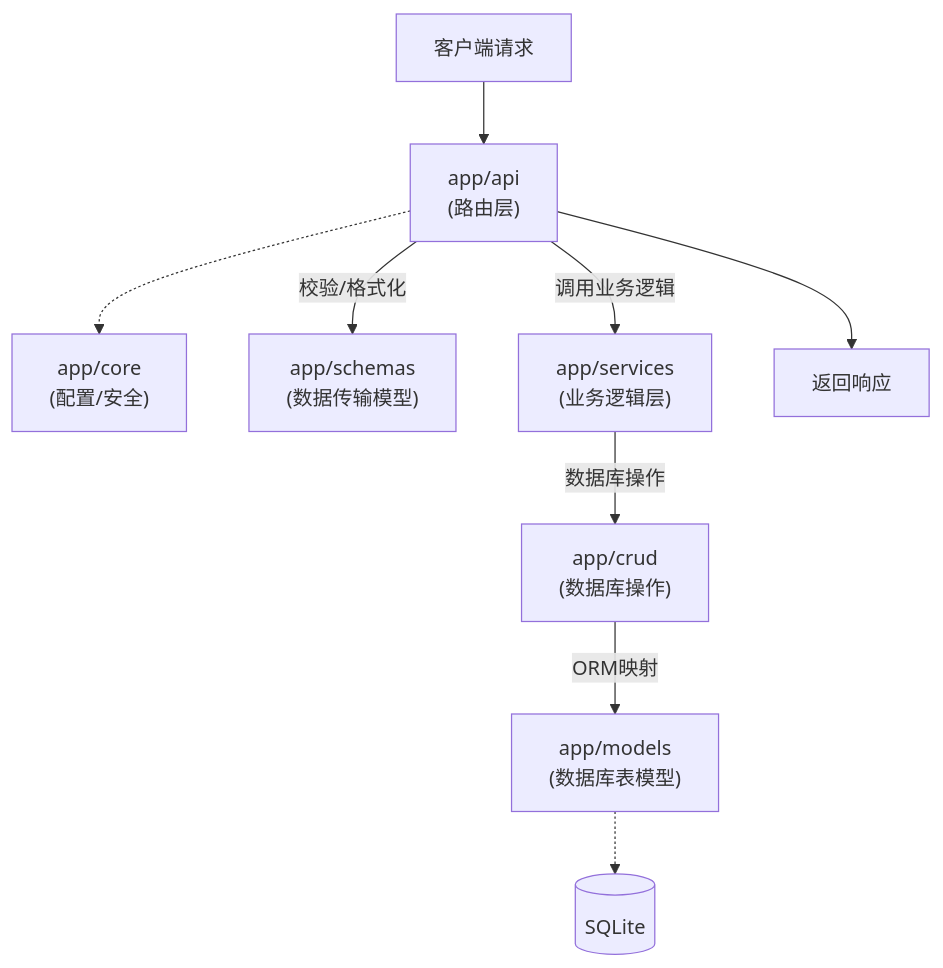
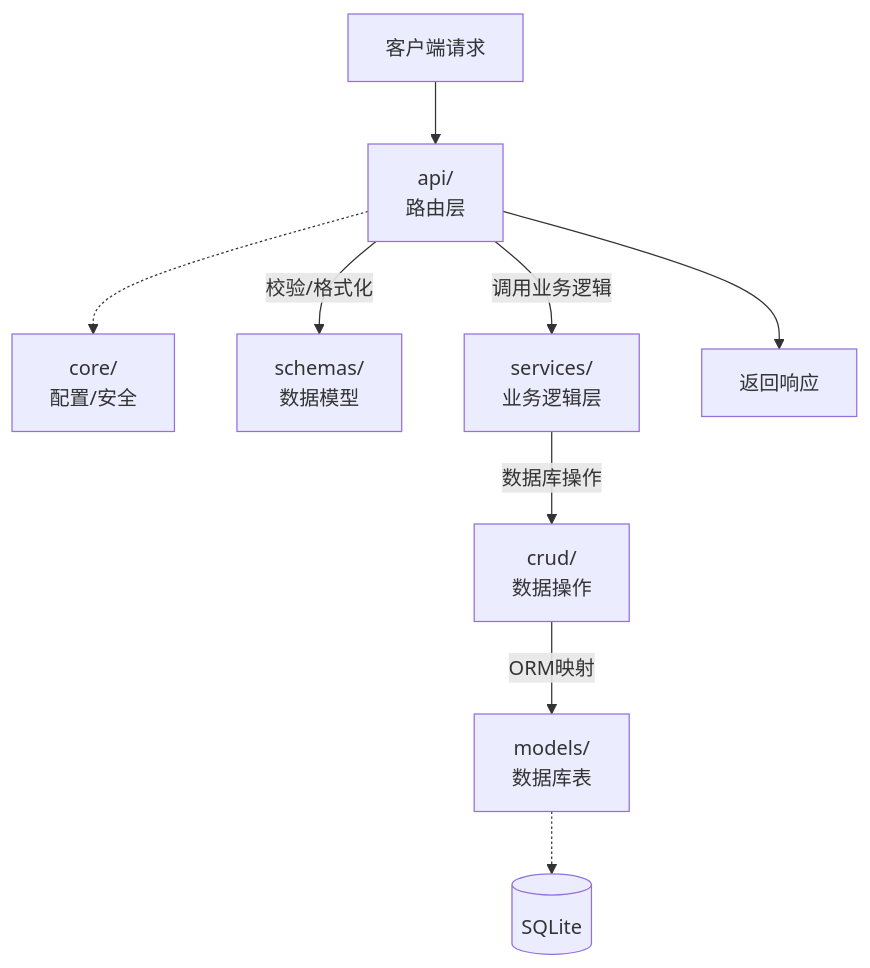
One commit to NayukiChiba/NayukiBlog changed the second of 2 diagrams in README.md. Above: the diagram before and after it, drawn with Mermaid. The commit also changed other lines of this file, not shown here.

````diff
--- a/README.md
+++ b/README.md
@@ -77,14 +196,14 @@
 ```mermaid
 graph TD
-    Req["客户端请求"] --> API["app/api<br>(路由层)"]
+    Req["客户端请求"] --> API["api/<br>路由层"]
     
-    API -.-> Core["app/core<br>(配置/安全)"]
-    API -- 校验/格式化 --> Schemas["app/schemas<br>(数据传输模型)"]
+    API -.-> Core["core/<br>配置/安全"]
+    API -- 校验/格式化 --> Schemas["schemas/<br>数据模型"]
     
-    API -- 调用业务逻辑 --> Services["app/services<br>(业务逻辑层)"]
-    Services -- 数据库操作 --> CRUD["app/crud<br>(数据库操作)"]
-    CRUD -- ORM映射 --> Models["app/models<br>(数据库表模型)"]
+    API -- 调用业务逻辑 --> Services["services/<br>业务逻辑层"]
+    Services -- 数据库操作 --> CRUD["crud/<br>数据操作"]
+    CRUD -- ORM映射 --> Models["models/<br>数据库表"]
     Models -.-> DB[("SQLite")]
     
     API --> Res["返回响应"]
 ```
````
